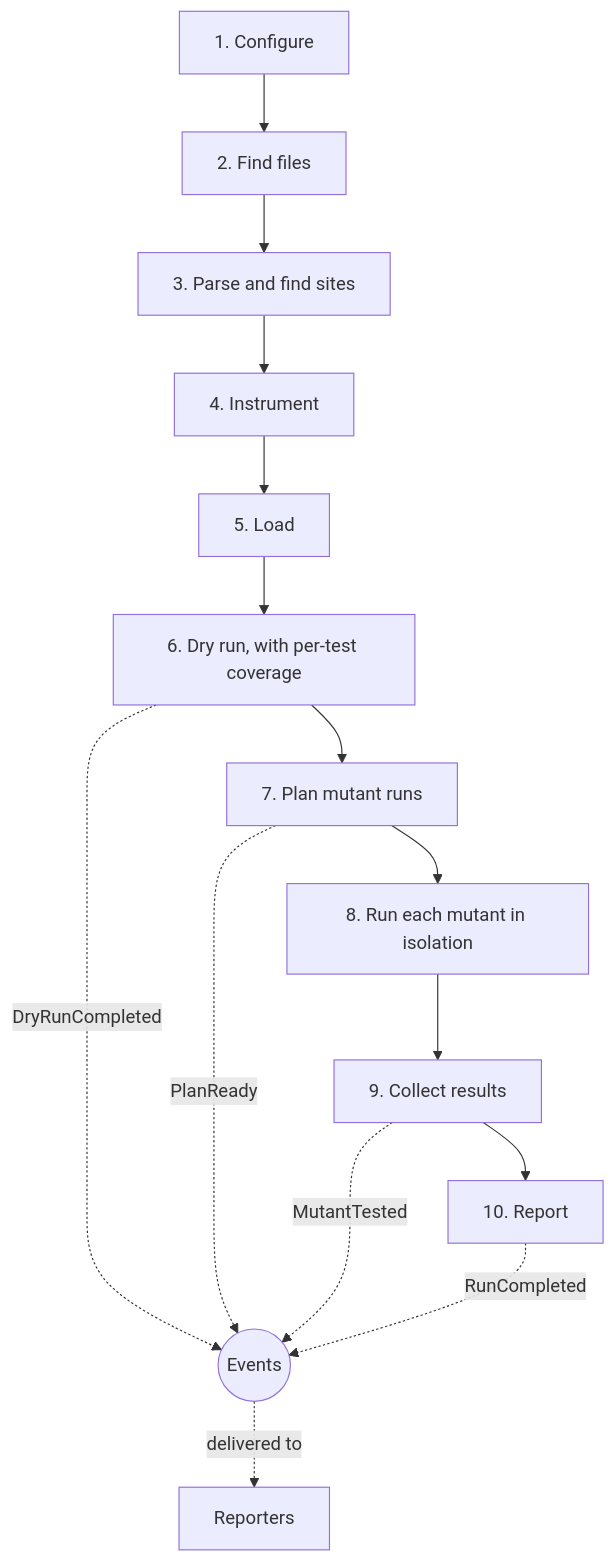
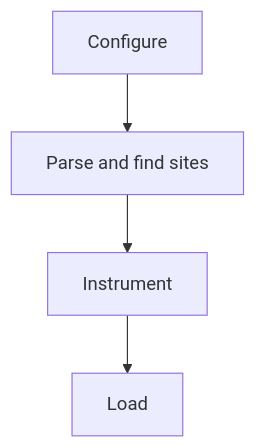
One commit to setdef/stryker_for_ruby changed the first of 3 diagrams in docs/design/architecture.md. Above: the diagram before and after it, drawn with Mermaid. The commit also changed other lines of this file, not shown here.

First line of the commit message:
docs: keep the architecture page to the structure

````diff
--- a/docs/design/architecture.md
+++ b/docs/design/architecture.md
@@ -11,17 +11,6 @@
 ```mermaid
 flowchart TB
-  C["1. Configure"] --> F["2. Find files"]
-  F --> P["3. Parse and find sites"]
-  P --> I["4. Instrument"]
-  I --> L["5. Load"]
-  L --> D["6. Dry run, with per-test coverage"]
-  D --> PL["7. Plan mutant runs"]
-  PL --> R["8. Run each mutant in isolation"]
-  R --> CO["9. Collect results"]
-  CO --> RE["10. Report"]
-  D -. DryRunCompleted .-> EV(("Events"))
-  PL -. PlanReady .-> EV
-  CO -. MutantTested .-> EV
-  RE -. RunCompleted .-> EV
-  EV -. delivered to .-> REP["Reporters"]
+  C["Configure"] --> P["Parse and find sites"]
+  P --> I["Instrument"]
+  I --> L["Load"]
 ```
````
